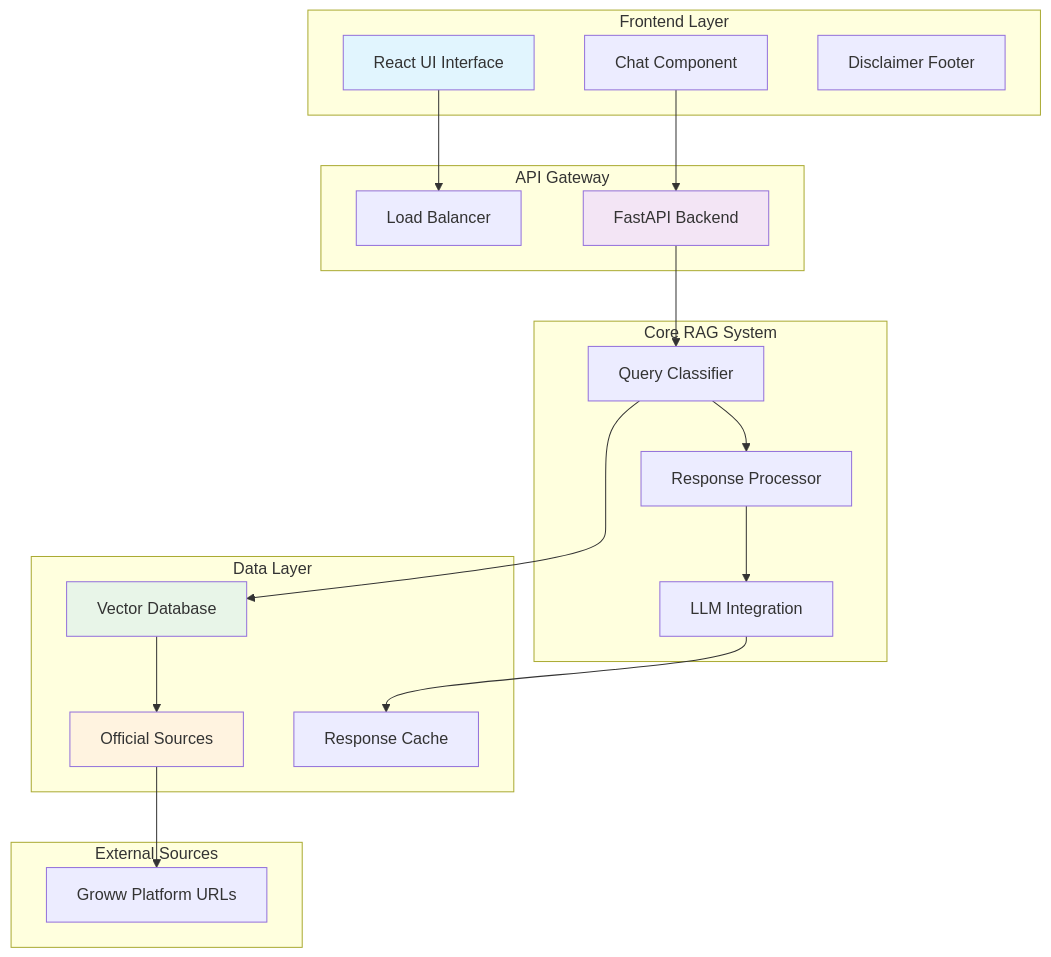
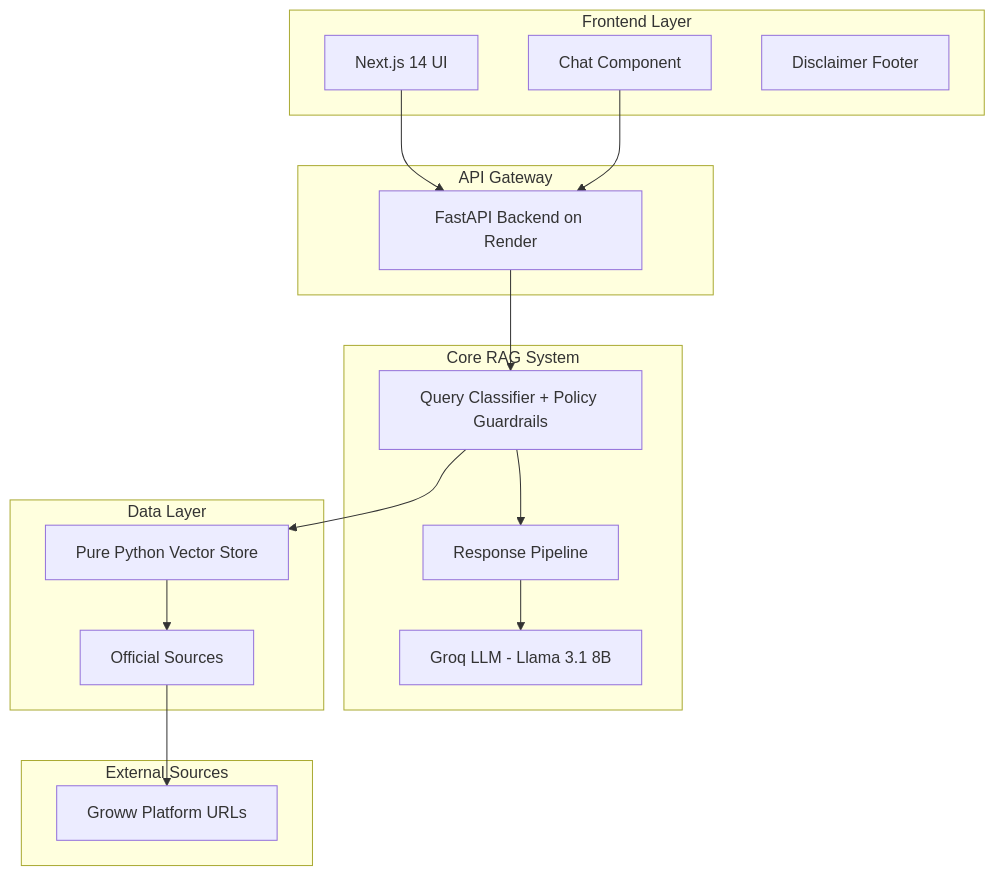
Before and after one commit to hey2308/Groww-RAG-chatbot: the first of 13 diagrams in doc/architecture.md, drawn with Mermaid. The commit also changed other lines of this file, not shown here.

Commit message:
Update architecture.md: reflect current tech stack (Groq, pure Python vector store, Next.js, Render)

````diff
--- a/doc/architecture.md
+++ b/doc/architecture.md
@@ -8,44 +8,36 @@
 ```mermaid
 graph TB
     subgraph "Frontend Layer"
-        UI[React UI Interface]
+        UI[Next.js 14 UI]
         Chat[Chat Component]
         Disclaimer[Disclaimer Footer]
     end
     
     subgraph "API Gateway"
-        LB[Load Balancer]
-        API[FastAPI Backend]
+        API[FastAPI Backend on Render]
     end
     
     subgraph "Core RAG System"
-        QC[Query Classifier]
-        RP[Response Processor]
-        LLM[LLM Integration]
+        QC[Query Classifier + Policy Guardrails]
+        RP[Response Pipeline]
+        LLM[Groq LLM - Llama 3.1 8B]
     end
     
     subgraph "Data Layer"
-        VDB[Vector Database]
+        VDB[Pure Python Vector Store]
         Sources[Official Sources]
-        Cache[Response Cache]
     end
     
     subgraph "External Sources"
         Groww[Groww Platform URLs]
     end
     
-    UI --> LB
+    UI --> API
     Chat --> API
     API --> QC
     QC --> VDB
     QC --> RP
     RP --> LLM
-    LLM --> Cache
     VDB --> Sources
     Sources --> Groww
-    
-    style UI fill:#e1f5fe
-    style API fill:#f3e5f5
-    style VDB fill:#e8f5e8
-    style Sources fill:#fff3e0
 ```
````
